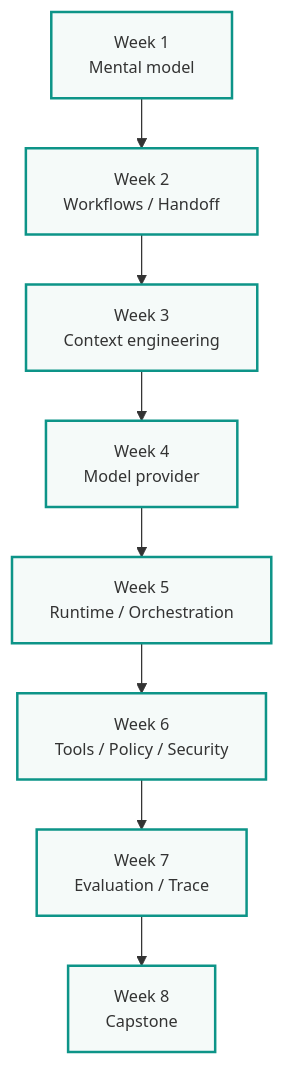
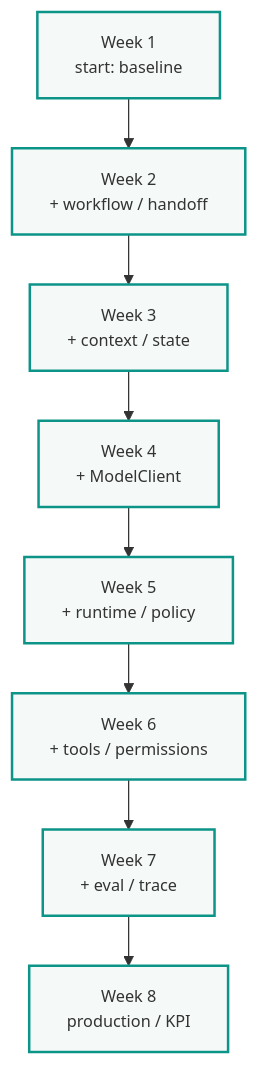
Before and after one commit to ertaipit-web/python-agent-workflow-course: the diagram in docs/course/index.md, drawn with Mermaid. The commit also changed other lines of this file and 20 other files, not shown here.

````diff
--- a/docs/course/index.md
+++ b/docs/course/index.md
@@ -63,13 +65,13 @@
 ```mermaid
 %%{init: {"flowchart": {"useMaxWidth": false, "nodeSpacing": 20, "rankSpacing": 40}, "themeVariables": {"fontSize": "13px"}}}%%
 flowchart TD
-  W1["Week 1\nMental model"] --> W2["Week 2\nWorkflows / Handoff"]
-  W2 --> W3["Week 3\nContext engineering"]
-  W3 --> W4["Week 4\nModel provider"]
-  W4 --> W5["Week 5\nRuntime / Orchestration"]
-  W5 --> W6["Week 6\nTools / Policy / Security"]
-  W6 --> W7["Week 7\nEvaluation / Trace"]
-  W7 --> W8["Week 8\nCapstone"]
+  W1["Week 1\nstart: baseline"] --> W2["Week 2\n+ workflow / handoff"]
+  W2 --> W3["Week 3\n+ context / state"]
+  W3 --> W4["Week 4\n+ ModelClient"]
+  W4 --> W5["Week 5\n+ runtime / policy"]
+  W5 --> W6["Week 6\n+ tools / permissions"]
+  W6 --> W7["Week 7\n+ eval / trace"]
+  W7 --> W8["Week 8\nproduction / KPI"]
   classDef week fill:#f5faf9,stroke:#0d9488,stroke-width:2px;
   class W1,W2,W3,W4,W5,W6,W7,W8 week;
 ```
````
